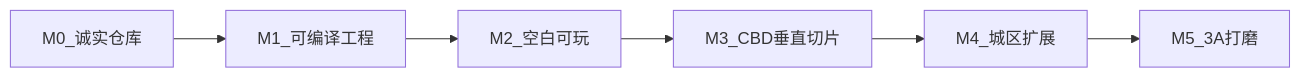
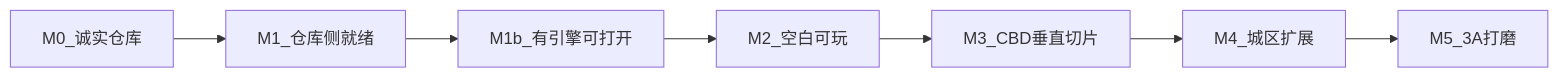
One commit to huangzhaoqing-jason/GuangzhouOpenWorld changed the diagram in Docs/ROADMAP_3A.md. Above: the diagram before and after it, drawn with Mermaid. The commit also changed other lines of this file and 7 other files, not shown here.

````diff
--- a/Docs/ROADMAP_3A.md
+++ b/Docs/ROADMAP_3A.md
@@ -7,8 +9,9 @@
 ```mermaid
 flowchart LR
-  M0[M0_诚实仓库] --> M1[M1_可编译工程]
-  M1 --> M2[M2_空白可玩]
+  M0[M0_诚实仓库] --> M1[M1_仓库侧就绪]
+  M1 --> M1b[M1b_有引擎可打开]
+  M1b --> M2[M2_空白可玩]
   M2 --> M3[M3_CBD垂直切片]
   M3 --> M4[M4_城区扩展]
   M4 --> M5[M5_3A打磨]
 ```
````
